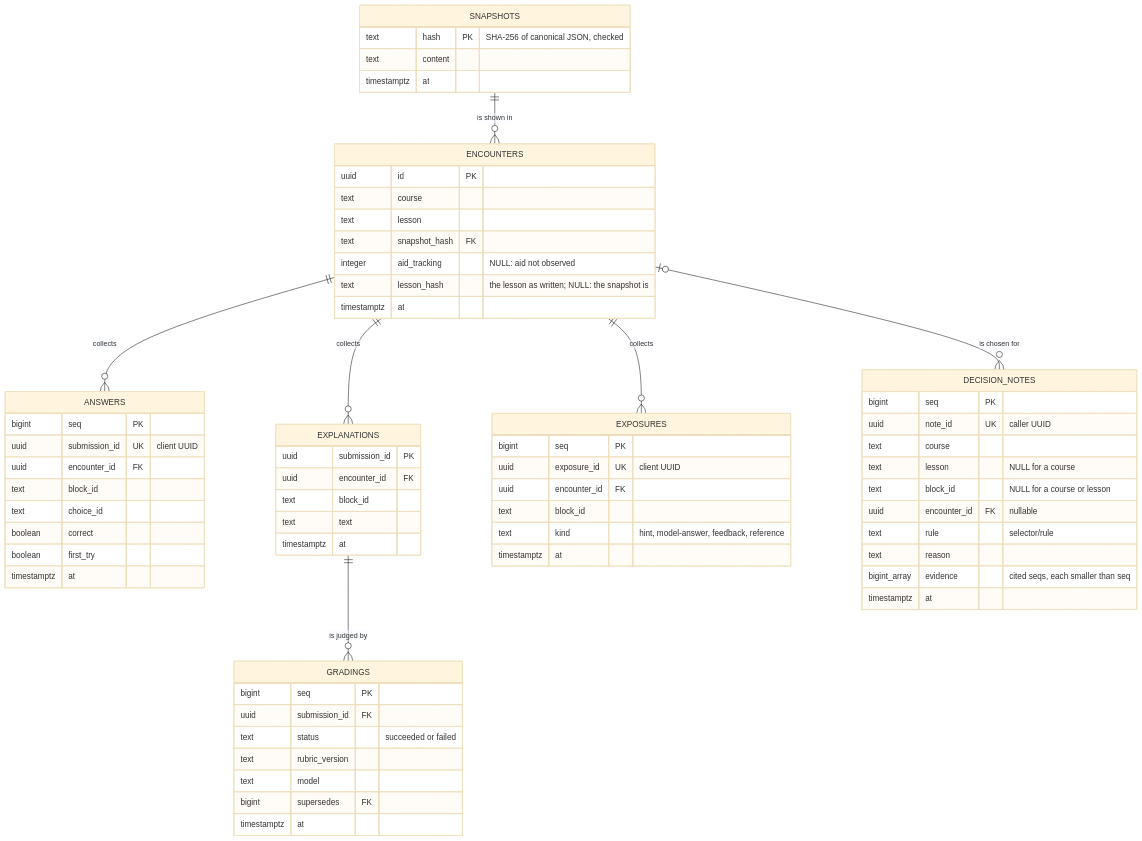
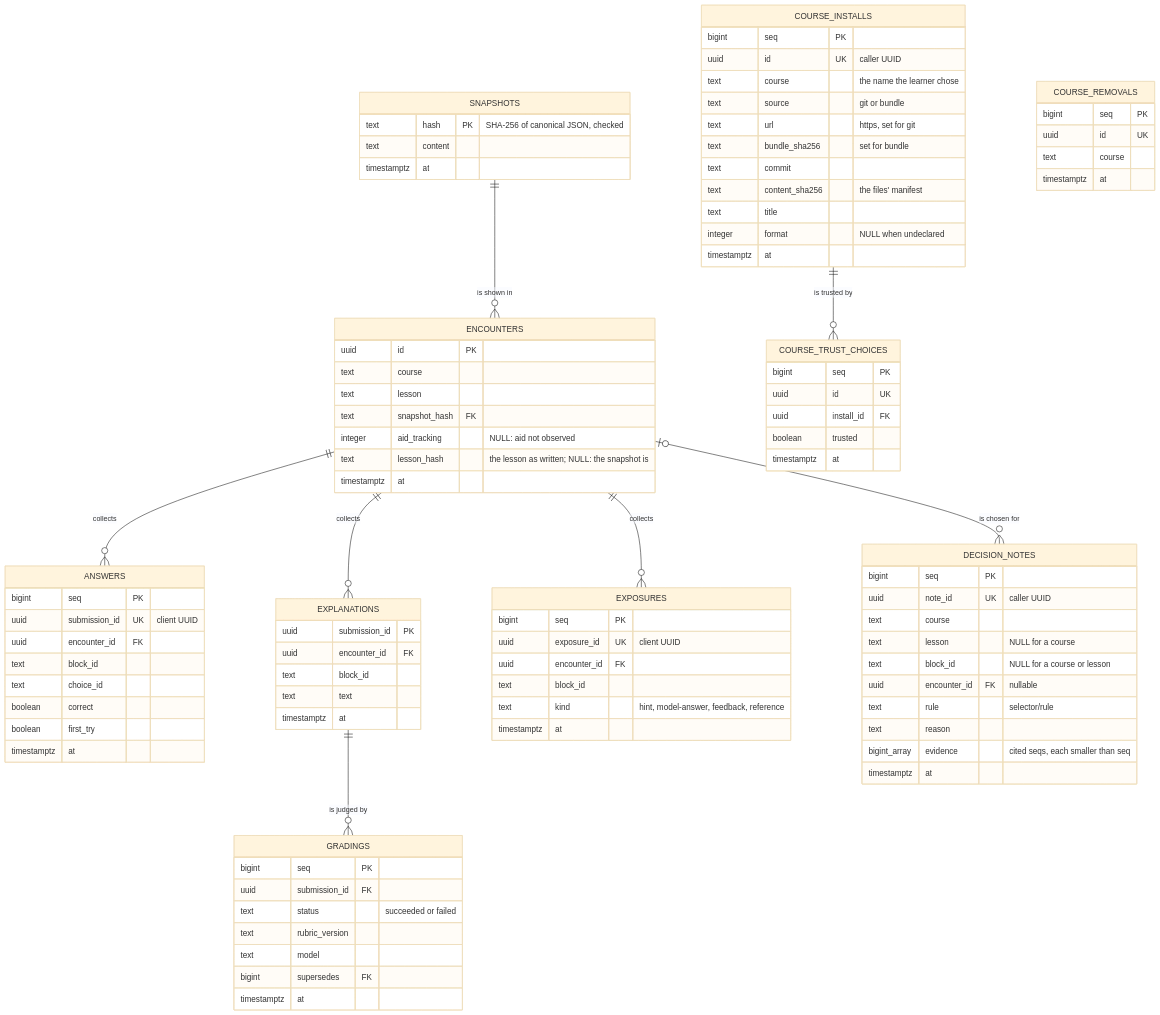
The third of 4 diagrams in docs/topics/architecture/README.md (flyingrobots/school), drawn with Mermaid (base theme) before and after one commit. The commit also changed other lines of this file and 1 other file, not shown here.

Commit message:
Describe the install record in the living docs
The architecture reference lists migration 0010, its three tables in
Figure 3, and its four functions with the port's methods, and says
nothing serves an installed course yet. Its count of GRANTED_FUNCTIONS
was 18, stale since 0004; it is 26. Figure 3's caption names the
time-zone table it omits too. The migrate job reference says a rename
moves install and removal rows, and that renamed is at 1.1.0.

Agent-Session: 86b4db12-c582-459e-9126-771e21eace2f
Agent-Tool: claude-code

````diff
--- a/docs/topics/architecture/README.md
+++ b/docs/topics/architecture/README.md
@@ -370,4 +383,31 @@
         bigint_array evidence "cited seqs, each smaller than seq"
         timestamptz at
     }
+    COURSE_INSTALLS ||--o{ COURSE_TRUST_CHOICES : "is trusted by"
+    COURSE_INSTALLS {
+        bigint seq PK
+        uuid id UK "caller UUID"
+        text course "the name the learner chose"
+        text source "git or bundle"
+        text url "https, set for git"
+        text bundle_sha256 "set for bundle"
+        text commit
+        text content_sha256 "the files' manifest"
+        text title
+        integer format "NULL when undeclared"
+        timestamptz at
+    }
+    COURSE_REMOVALS {
+        bigint seq PK
+        uuid id UK
+        text course
+        timestamptz at
+    }
+    COURSE_TRUST_CHOICES {
+        bigint seq PK
+        uuid id UK
+        uuid install_id FK
+        boolean trusted
+        timestamptz at
+    }
 ```
````
